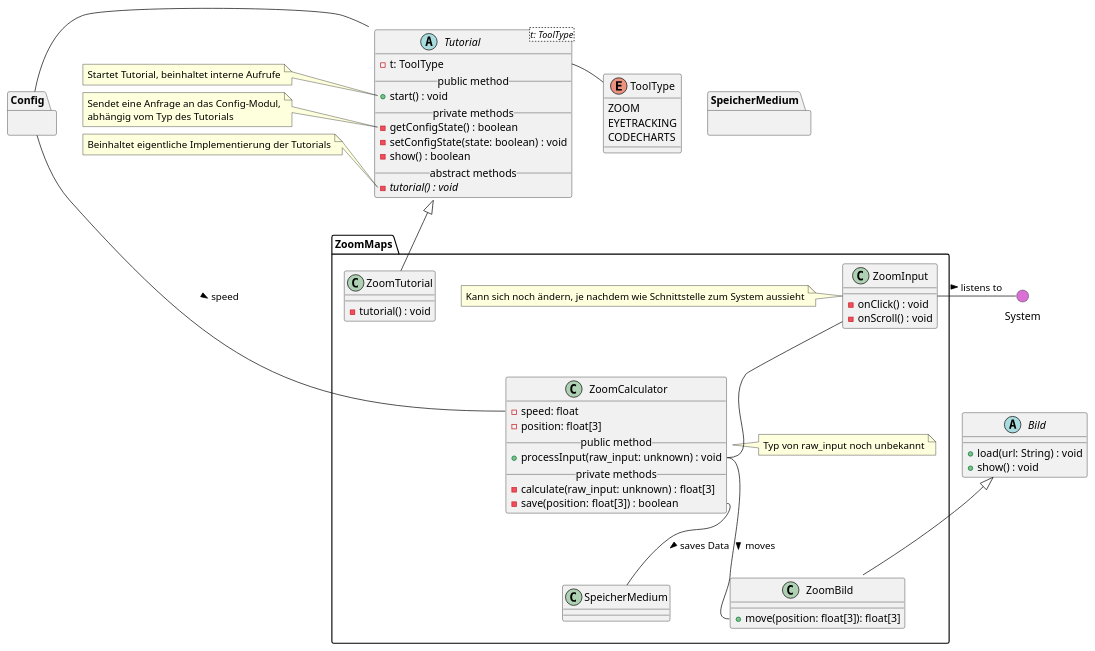
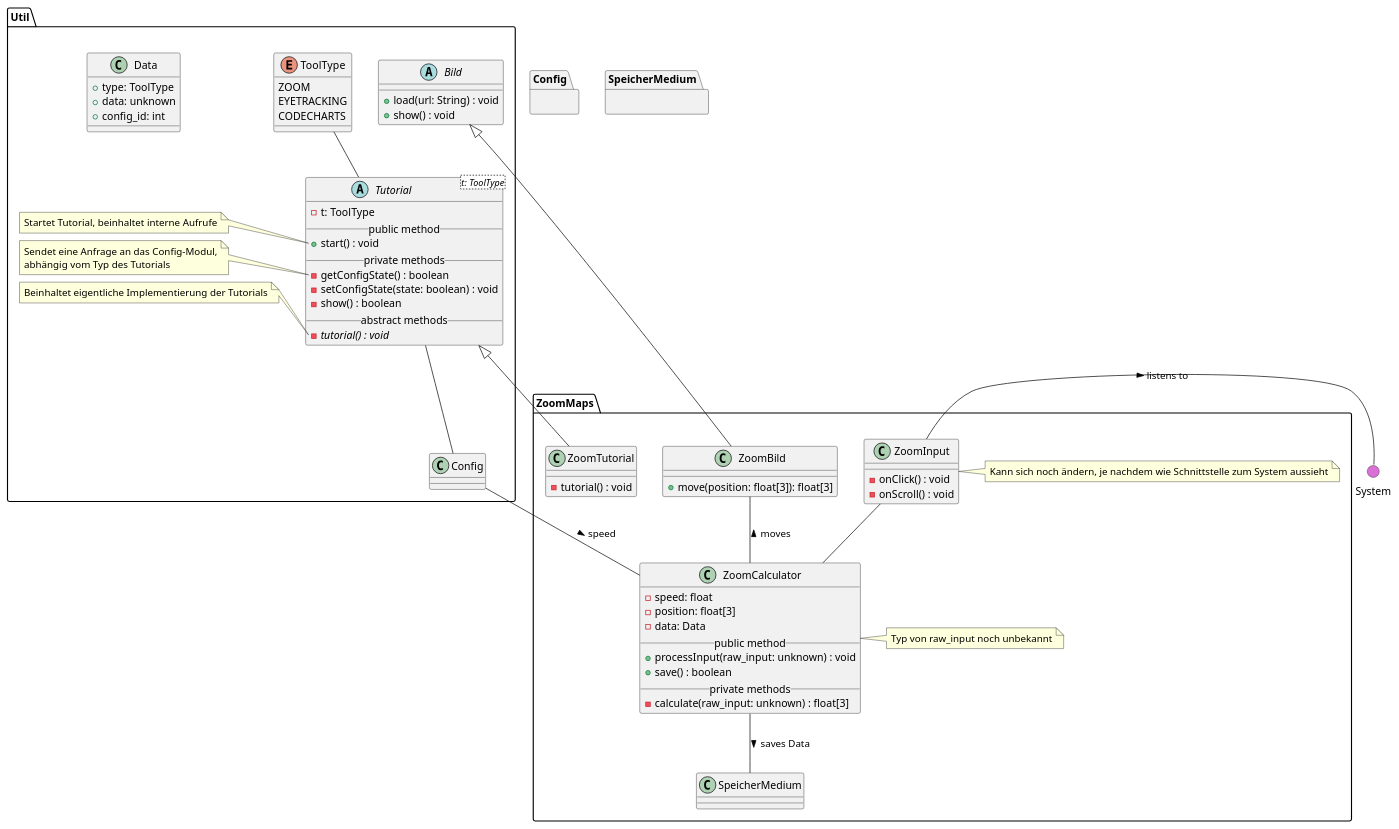
The diagram in meilenstein_03/uml-zoommaps/kommentiert/zoommaps-notes.puml (weichware10/meilensteine), drawn with PlantUML before and after one commit. The commit also changed 1 other file, not shown here.

Commit message:
Util, Data, allgemeine Schönheits-OP

```diff
--- a/meilenstein_03/uml-zoommaps/kommentiert/zoommaps-notes.puml
+++ b/meilenstein_03/uml-zoommaps/kommentiert/zoommaps-notes.puml
@@ -1,110 +1,121 @@
 @startuml zoommaps
 ' skinparam backgroundColor transparent
 () System #DA70D5
 top to bottom direction
 
-' --- TUTORIAL ---
-abstract Tutorial<t: ToolType> {
-  - t: ToolType
-  __public method__
-  + start() : void
-  __private methods__
-  - getConfigState() : boolean
-  - setConfigState(state: boolean) : void
-  - show() : boolean
-  __abstract methods__
-  - {abstract} tutorial() : void
+package Util {
+    ' --- TUTORIAL ---
+    abstract Tutorial<t: ToolType> {
+      - t: ToolType
+      __public method__
+      + start() : void
+      __private methods__
+      - getConfigState() : boolean
+      - setConfigState(state: boolean) : void
+      - show() : boolean
+      __abstract methods__
+      - {abstract} tutorial() : void
+    }
+
+    enum ToolType {
+      ZOOM
+      EYETRACKING
+      CODECHARTS
+    }
+
+    ' Notes
+    note left of Tutorial::start
+        Startet Tutorial, beinhaltet interne Aufrufe
+    end note
+    note left of Tutorial::getConfigState
+        Sendet eine Anfrage an das Config-Modul,
+        abhängig vom Typ des Tutorials
+    end note
+    note left of Tutorial::tutorial
+        Beinhaltet eigentliche Implementierung der Tutorials
+    end note
+
+    ' Interaktionen
+    Tutorial -u- ToolType
+    Tutorial -d- Config
+
+
+    ' --- BILD ---
+
+    abstract Bild {
+      + load(url: String) : void
+      + show() : void
+    }
+
+    class Data {
+        + type: ToolType
+        + data: unknown
+        + config_id: int
+    }
 }
 
-enum ToolType {
-  ZOOM
-  EYETRACKING
-  CODECHARTS
-}
 
-' Notes
-note left of Tutorial::start
-    Startet Tutorial, beinhaltet interne Aufrufe
-end note
-note left of Tutorial::getConfigState
-    Sendet eine Anfrage an das Config-Modul,
-    abhängig vom Typ des Tutorials
-end note
-note left of Tutorial::tutorial
-    Beinhaltet eigentliche Implementierung der Tutorials
-end note
-
-' Interaktionen
-Tutorial::t -r- ToolType
-Tutorial -l- Config
-
-
-' --- BILD ---
-
-abstract Bild {
-  + load(url: String) : void
-  + show() : void
-}
 
 ' === ZOOM MAPS ===
 package ZoomMaps {
 
     ' Zoom Input
     class ZoomInput {
         - onClick() : void
         - onScroll() : void
     }
 
     ' Notiz
-    note left of ZoomInput
+    note right of ZoomInput
         Kann sich noch ändern, je nachdem wie Schnittstelle zum System aussieht
     end note
 
-    ' Zoom Tutorial 
+    ' Zoom Tutorial
     class ZoomTutorial {
         - tutorial() : void
     }
-  
+
     ' Zoom Calculator
     class ZoomCalculator {
         - speed: float
         - position: float[3]
+        - data: Data
         __public method__
         + processInput(raw_input: unknown) : void
+        + save() : boolean
         __private methods__
         - calculate(raw_input: unknown) : float[3]
-        - save(position: float[3]) : boolean
     }
 
     ' Notiz
     note right of ZoomCalculator
         Typ von raw_input noch unbekannt
     end note
 
     ' Zoom Bild
     class ZoomBild {
         + move(position: float[3]): float[3]
     }
 
 
     ' Vererbungen
     Bild <|-- ZoomBild
     Tutorial <|-- ZoomTutorial
 
     ' Interaktionen
-    ZoomInput -- ZoomCalculator::processInput
-    ZoomCalculator::processInput  -- ZoomBild::move : > moves
+    ZoomInput -d- ZoomCalculator
+    ZoomCalculator  -u- ZoomBild : > moves
 
     ' Andere Module
-    ZoomCalculator::save -- SpeicherMedium : > saves Data
-    ZoomCalculator::speed -l- Config : < speed
+    ZoomCalculator -- SpeicherMedium : > saves Data
+    ZoomCalculator -l- Config : < speed
     ZoomInput -r- System : > listens to
-  
+
 }
 
 ' Blackboxen / Andere Module
 package Config {}
 
 package SpeicherMedium {}
 
 @enduml
```
